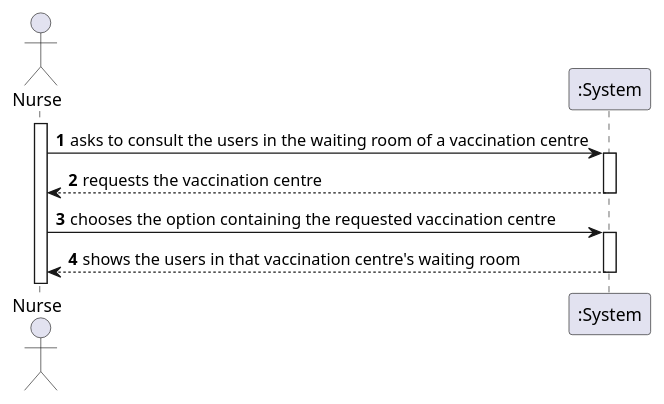
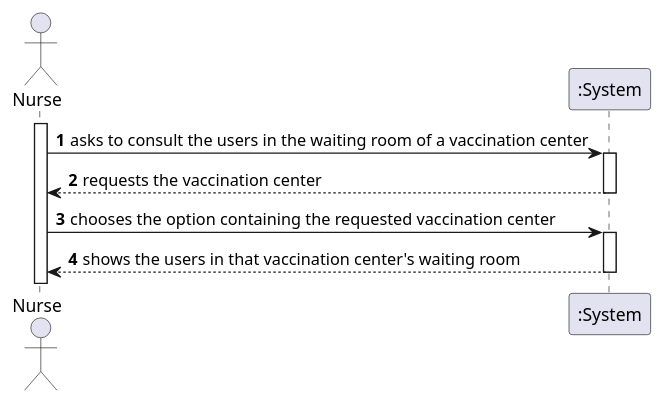
Before and after one commit to Pirussa/lei-22-s2-1da-g02: the diagram in docs/SprintC/US005/US005_SSD.puml, drawn with PlantUML. The commit also changed 10 other files, not shown here.

Commit message:
US005 - Implementation/Tests - New problem 80% solved on both UI and Controller. Tests 100% done. US005 - Modularization - Class Diagram, Domain Model Excerpt and SSD updates. Documentation updates (Design).

```diff
--- a/docs/SprintC/US005/US005_SSD.puml
+++ b/docs/SprintC/US005/US005_SSD.puml
@@ -1,16 +1,16 @@
 @startuml
 autonumber
 actor "Nurse" as N
 
 activate N
-N -> ":System" : asks to consult the users in the waiting room of a vaccination centre
+N -> ":System" : asks to consult the users in the waiting room of a vaccination center
 activate ":System"
-":System" --> N : requests the vaccination centre
+":System" --> N : requests the vaccination center
 deactivate ":System"
 
-N -> ":System" : chooses the option containing the requested vaccination centre
+N -> ":System" : chooses the option containing the requested vaccination center
 activate ":System"
-":System" --> N : shows the users in that vaccination centre's waiting room
+":System" --> N : shows the users in that vaccination center's waiting room
 deactivate ":System"
 
 @enduml
```
